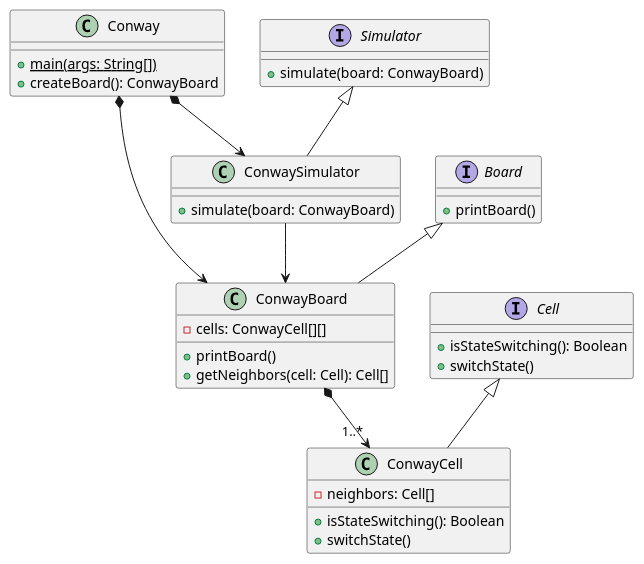
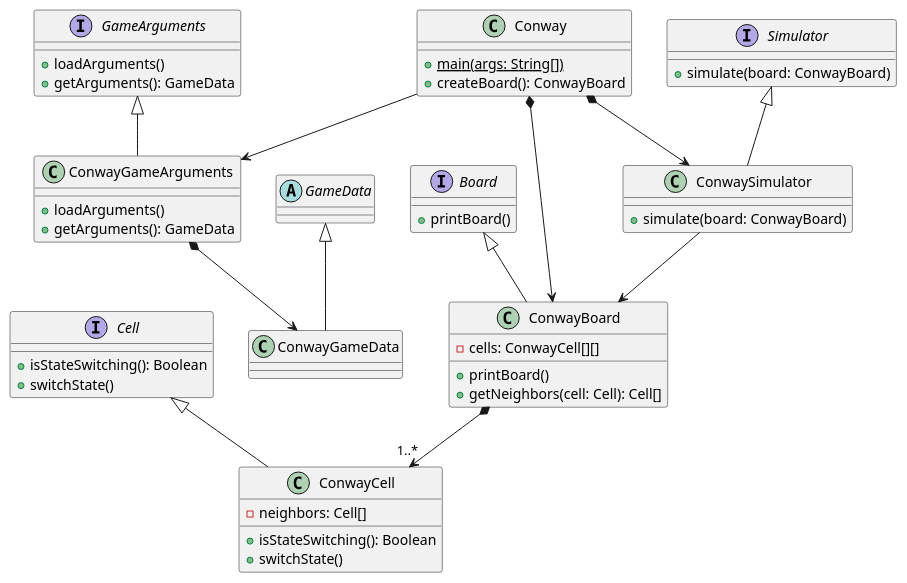
One commit to Sileye54/Conway-Game-of-Life changed the diagram in _models/class_diagram.puml. Above: the diagram before and after it, drawn with PlantUML.

Commit message:
Ajoute nouvelles classe dans diagramme de classe

```diff
--- a/_models/class_diagram.puml
+++ b/_models/class_diagram.puml
@@ -1,47 +1,65 @@
 @startuml
 
 class Conway {
   + {static} main(args: String[])
   + createBoard(): ConwayBoard
 }
 
 interface Cell {
   + isStateSwitching(): Boolean
   + switchState()
 }
 
 interface Board {
   + printBoard()
 }
 
 interface Simulator {
   + simulate(board: ConwayBoard)
 }
 
+interface GameArguments{
+	+ loadArguments()
+	+ getArguments(): GameData
+}
+abstract GameData{
+
+}
+
 class ConwayCell {
   - neighbors: Cell[]
   + isStateSwitching(): Boolean
   + switchState()
 }
 
 class ConwayBoard {
   - cells: ConwayCell[][]
   + printBoard()
   + getNeighbors(cell: Cell): Cell[]
 }
 
 class ConwaySimulator {
   + simulate(board: ConwayBoard)
 }
+class ConwayGameData{
+
+}
+
+class ConwayGameArguments{
+	+ loadArguments()
+	+ getArguments(): GameData
+}
 
 Conway *--> ConwayBoard
 Conway *--> ConwaySimulator
-
+Conway --> ConwayGameArguments
+ConwayGameArguments *--> ConwayGameData
 Cell <|-- ConwayCell
 Board <|-- ConwayBoard
 Simulator <|-- ConwaySimulator
-
+GameArguments <|-- ConwayGameArguments
+GameData <|-- ConwayGameData
 ConwayBoard *--> "1..*" ConwayCell
 ConwaySimulator --> ConwayBoard
 
 @enduml
```
